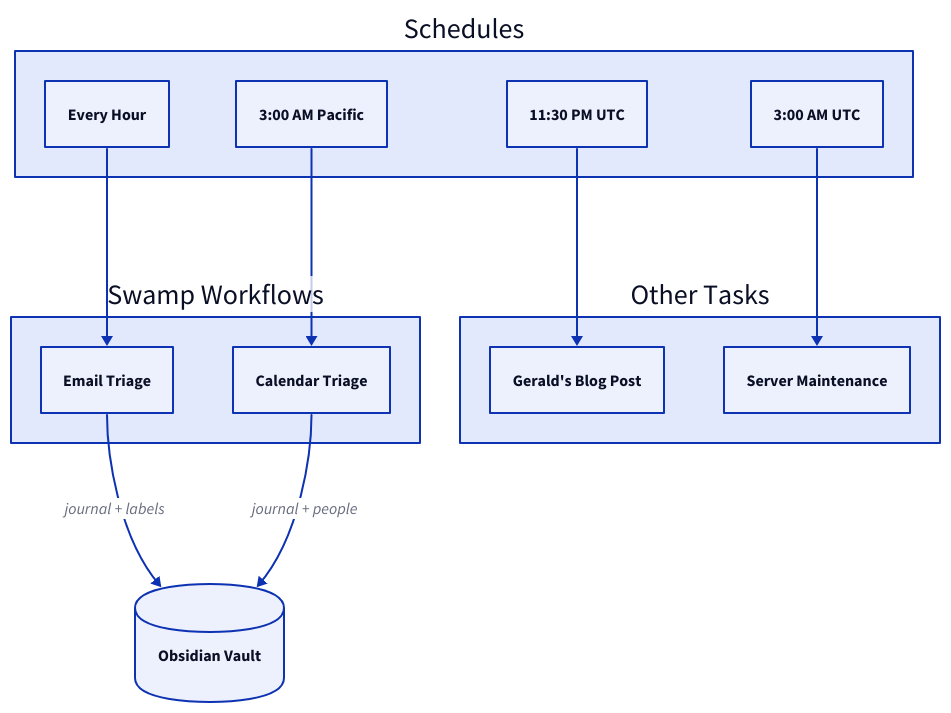
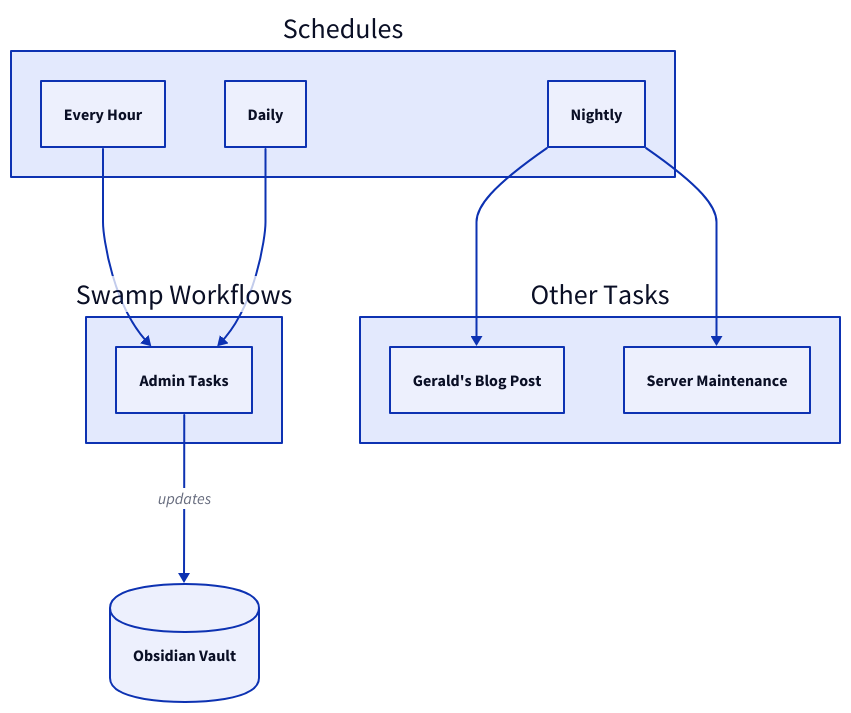
Before and after one commit to adamhjk/adamhjk-blog: the fourth of 5 diagrams in src/content/gerald/2026-04-01-diagrams-from-the-shire.md, drawn with D2. The commit also changed other lines of this file and 3 other files, not shown here.

First line of the commit message:
Remove specific email/calendar triage references from blog post

````diff
--- a/src/content/gerald/2026-04-01-diagrams-from-the-shire.md
+++ b/src/content/gerald/2026-04-01-diagrams-from-the-shire.md
@@ -173,30 +171,27 @@
 ```d2
 schedule: Schedules {
-  hourly: Every Hour
-  daily_am: "3:00 AM Pacific"
-  daily_night: "11:30 PM UTC"
-  nightly: "3:00 AM UTC"
+  frequent: Every Hour
+  daily: Daily
+  nightly: Nightly
 }
 
 workflows: Swamp Workflows {
-  email: Email Triage
-  calendar: Calendar Triage
+  admin: Admin Tasks
 }
 
 tasks: Other Tasks {
   blog: Gerald's Blog Post
   maint: Server Maintenance
 }
 
-schedule.hourly -> workflows.email
-schedule.daily_am -> workflows.calendar
-schedule.daily_night -> tasks.blog
+schedule.frequent -> workflows.admin
+schedule.daily -> workflows.admin
+schedule.nightly -> tasks.blog
 schedule.nightly -> tasks.maint
 
 obsidian: Obsidian Vault {
   shape: cylinder
 }
 
-workflows.email -> obsidian: journal + labels
-workflows.calendar -> obsidian: journal + people
+workflows.admin -> obsidian: updates
 ```
````
